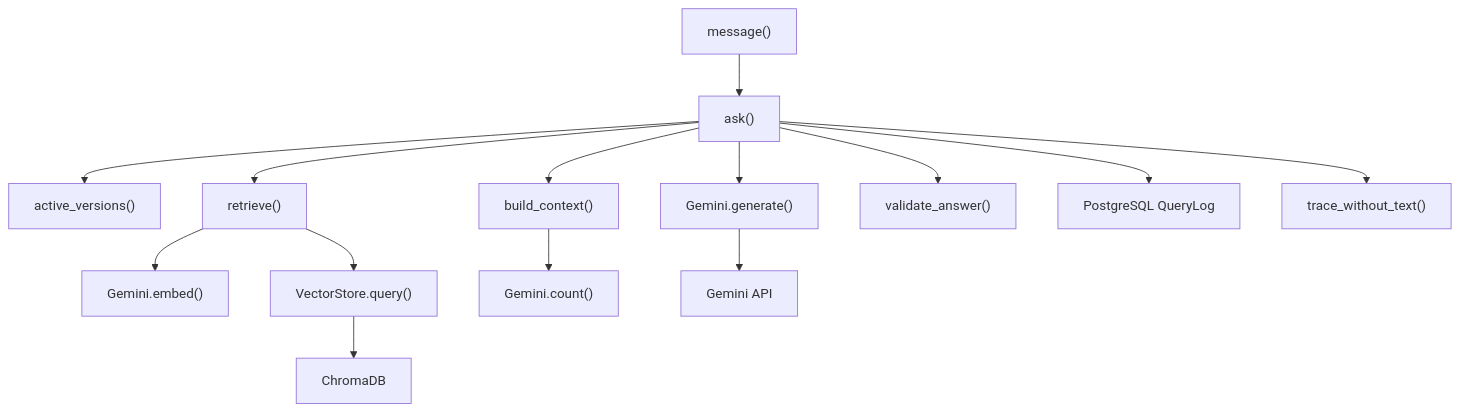
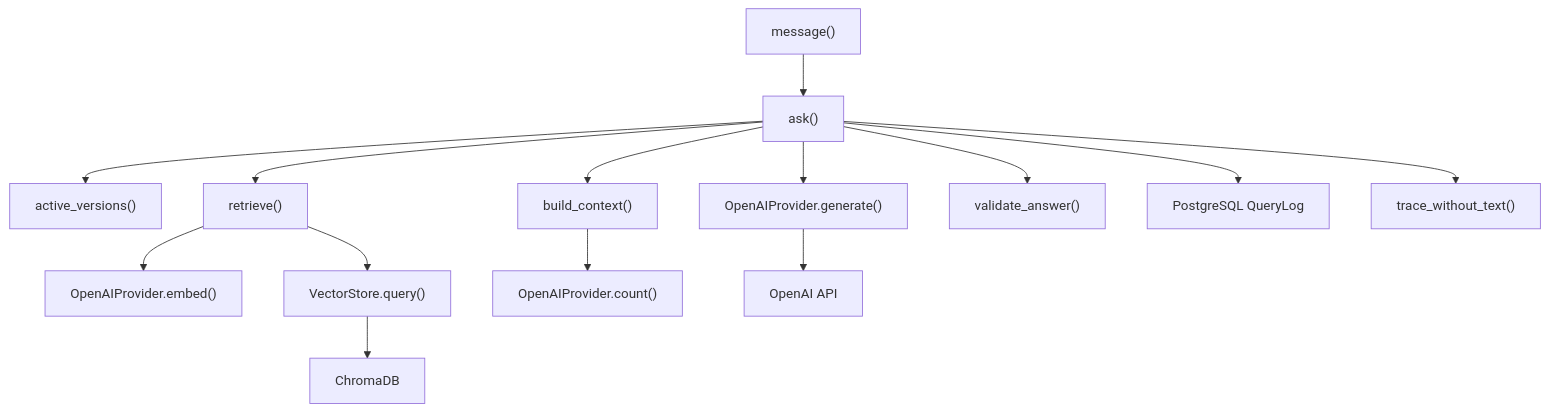
Before and after one commit to Dorjnyam/rag_chatbot_try: the second of 4 diagrams in documentation/06-codebase-file-function-map.md, drawn with Mermaid. The commit also changed other lines of this file and 50 other files, not shown here.

````diff
--- a/documentation/06-codebase-file-function-map.md
+++ b/documentation/06-codebase-file-function-map.md
@@ -35,16 +35,16 @@
 ```mermaid
 flowchart TD
     R1["message()"] --> R2["ask()"]
     R2 --> F1["active_versions()"]
     R2 --> F2["retrieve()"]
-    F2 --> G1["Gemini.embed()"]
+    F2 --> G1["OpenAIProvider.embed()"]
     F2 --> V1["VectorStore.query()"]
     V1 --> C1["ChromaDB"]
     R2 --> B1["build_context()"]
-    B1 --> G2["Gemini.count()"]
-    R2 --> G3["Gemini.generate()"]
-    G3 --> L["Gemini API"]
+    B1 --> G2["OpenAIProvider.count()"]
+    R2 --> G3["OpenAIProvider.generate()"]
+    G3 --> L["OpenAI API"]
     R2 --> A1["validate_answer()"]
     R2 --> DB["PostgreSQL QueryLog"]
     R2 --> R3["trace_without_text()"]
 ```
````
